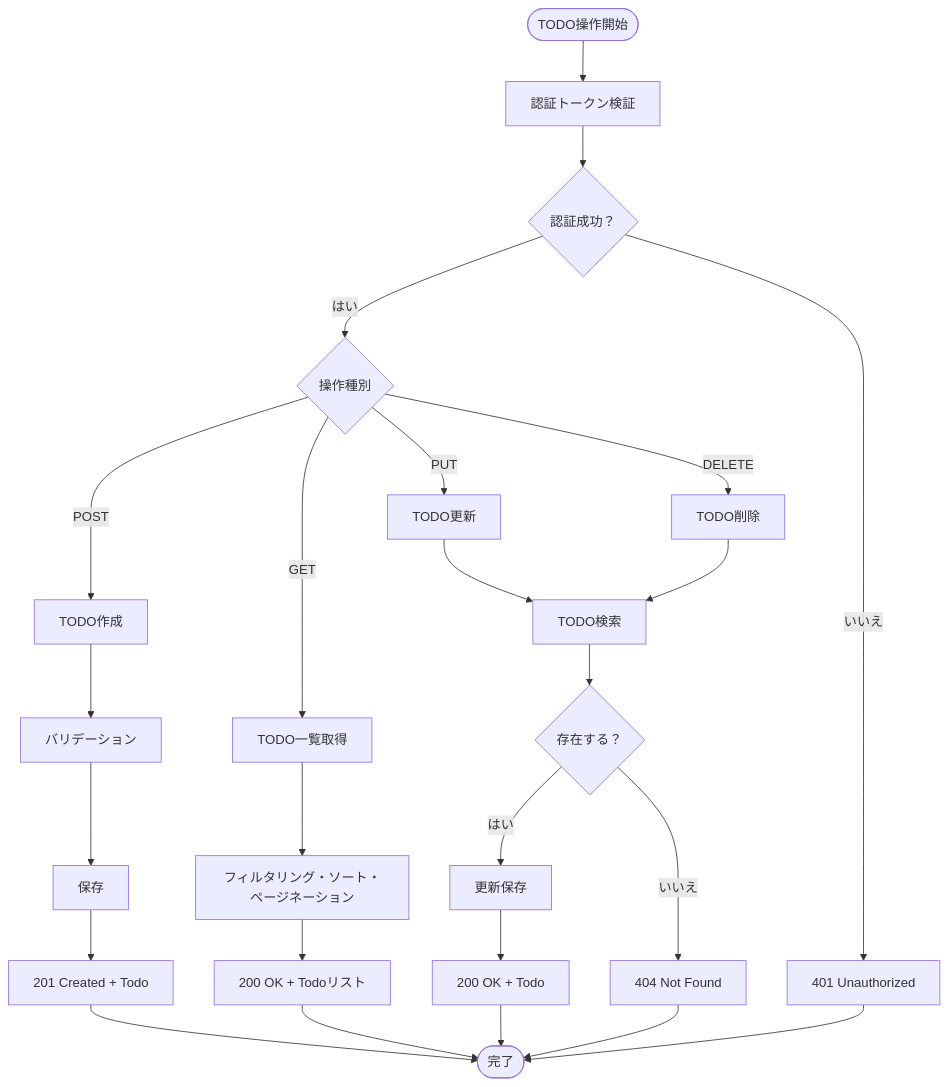
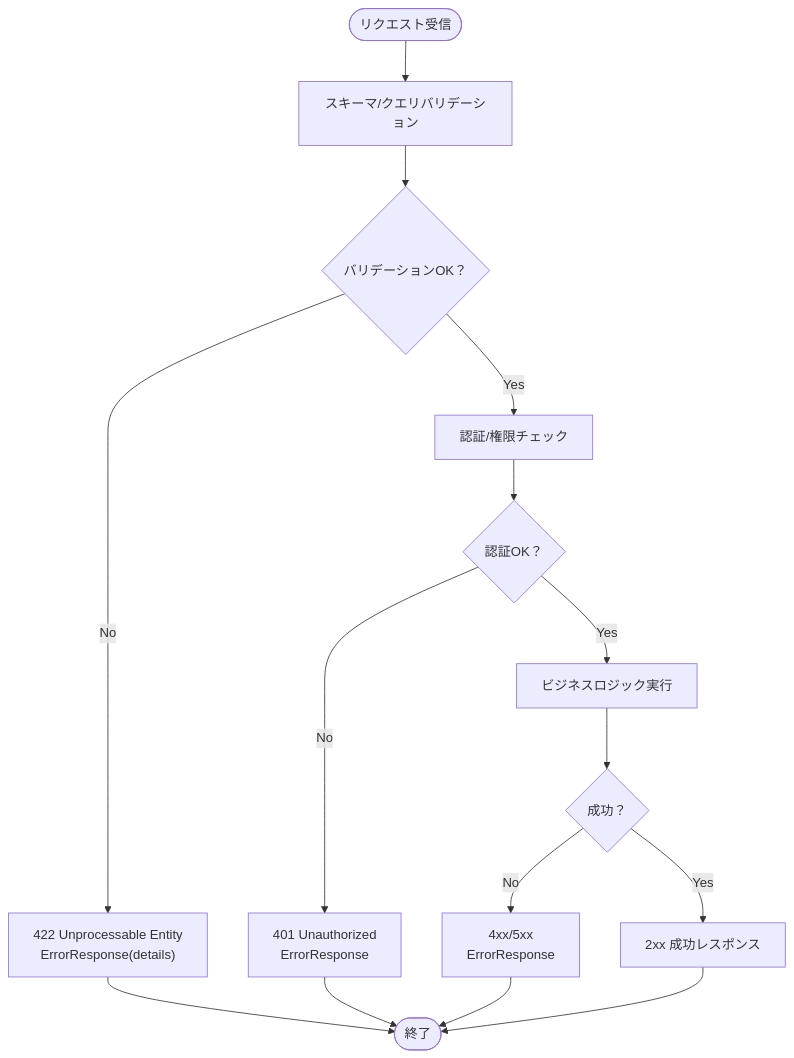
One commit to ss8806/Todos changed the eighth of 8 diagrams in .qoder/repowiki/ja/content/APIリファレンス/APIリファレンス.md. Above: the diagram before and after it, drawn with Mermaid. The commit also changed other lines of this file and 106 other files, not shown here.

````diff
--- a/.qoder/repowiki/ja/content/APIリファレンス/APIリファレンス.md
+++ b/.qoder/repowiki/ja/content/APIリファレンス/APIリファレンス.md
@@ -264,27 +470,17 @@
 ```mermaid
 flowchart TD
-Start([TODO操作開始]) --> AuthCheck["認証トークン検証"]
-AuthCheck --> AuthOK{"認証成功？"}
-AuthOK --> |いいえ| AuthError["401 Unauthorized"]
-AuthOK --> |はい| Operation{"操作種別"}
-Operation --> |GET| GetTodos["TODO一覧取得"]
-Operation --> |POST| CreateTodo["TODO作成"]
-Operation --> |PUT| UpdateTodo["TODO更新"]
-Operation --> |DELETE| DeleteTodo["TODO削除"]
-GetTodos --> Filter["フィルタリング・ソート・ページネーション"]
-CreateTodo --> Validate["バリデーション"]
-UpdateTodo --> FindTodo["TODO検索"]
-DeleteTodo --> FindTodo
-Filter --> ReturnGet["200 OK + Todoリスト"]
-Validate --> SaveCreate["保存"]
-FindTodo --> Found{"存在する？"}
-SaveCreate --> ReturnCreate["201 Created + Todo"]
-Found --> |はい| SaveUpdate["更新保存"]
-Found --> |いいえ| NotFound["404 Not Found"]
-SaveUpdate --> ReturnUpdate["200 OK + Todo"]
-ReturnCreate --> End([完了])
-ReturnGet --> End
-ReturnUpdate --> End
-NotFound --> End
-AuthError --> End
+Start(["リクエスト受信"]) --> Validate["スキーマ/クエリバリデーション"]
+Validate --> VOK{"バリデーションOK？"}
+VOK --> |No| E422["422 Unprocessable Entity<br/>ErrorResponse(details)"]
+VOK --> |Yes| Auth["認証/権限チェック"]
+Auth --> AuthOK{"認証OK？"}
+AuthOK --> |No| E401["401 Unauthorized<br/>ErrorResponse"]
+AuthOK --> |Yes| Exec["ビジネスロジック実行"]
+Exec --> ExecOK{"成功？"}
+ExecOK --> |No| E4xx["4xx/5xx<br/>ErrorResponse"]
+ExecOK --> |Yes| OK200["2xx 成功レスポンス"]
+E422 --> End(["終了"])
+E401 --> End
+E4xx --> End
+OK200 --> End
 ```
````
